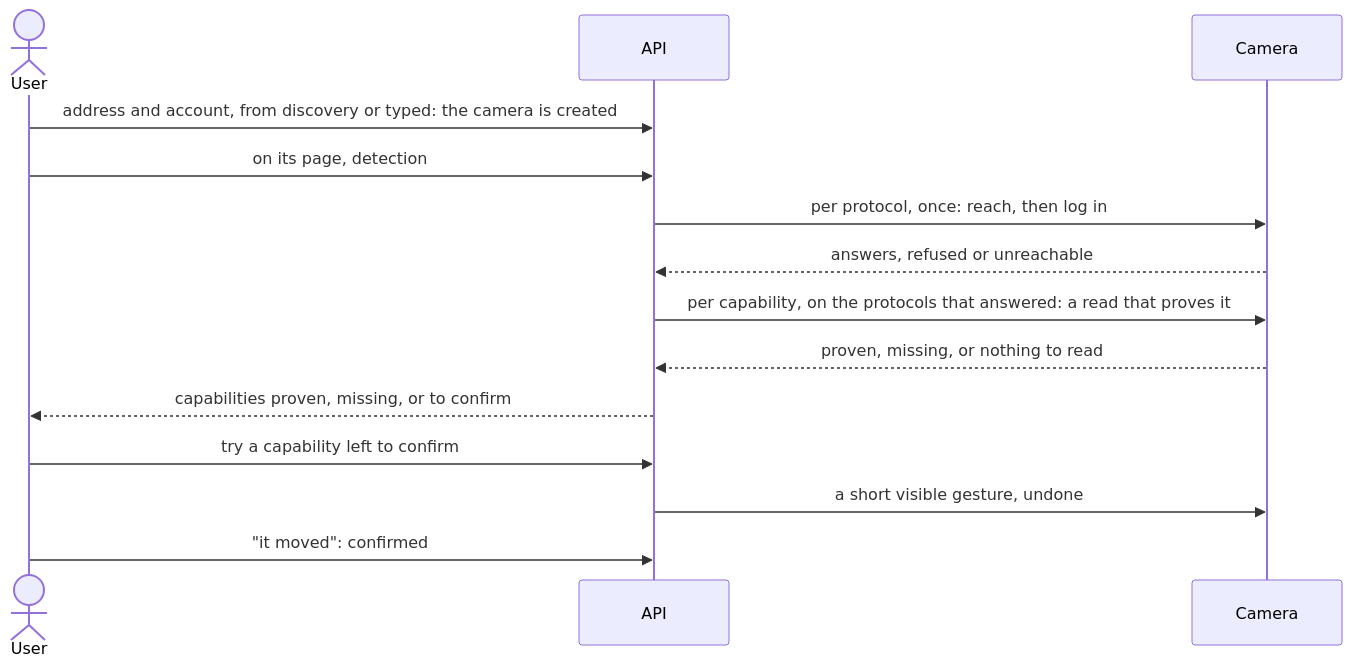
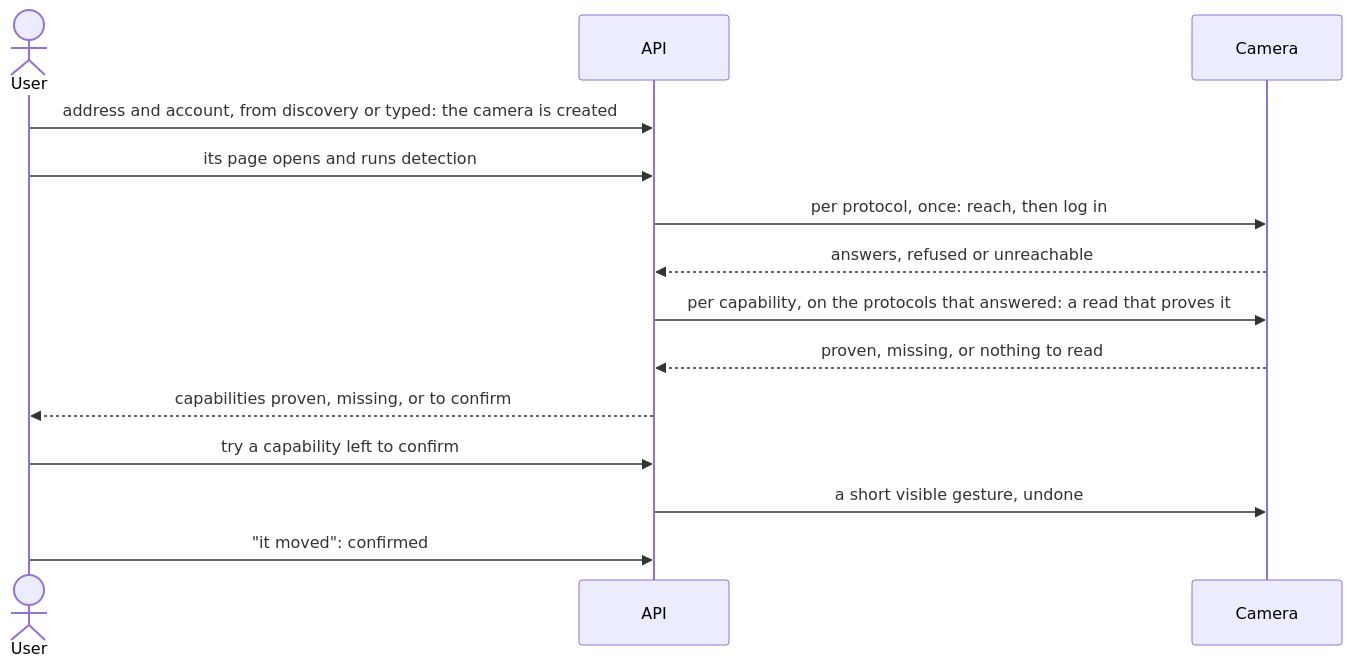
One commit to KelianS/vyzio changed the fourth of 6 diagrams in docs/SAD.md. Above: the diagram before and after it, drawn with Mermaid. The commit also changed 2 other files, not shown here.

Commit message:
docs(cameras): say a set-up camera enters surveillance by the restart
Refs #253

````diff
--- a/docs/SAD.md
+++ b/docs/SAD.md
@@ -165,16 +165,16 @@
 ```mermaid
 sequenceDiagram
     actor U as User
     participant A as API
     participant C as Camera
     U->>A: address and account, from discovery or typed: the camera is created
-    U->>A: on its page, detection
+    U->>A: its page opens and runs detection
     A->>C: per protocol, once: reach, then log in
     C-->>A: answers, refused or unreachable
     A->>C: per capability, on the protocols that answered: a read that proves it
     C-->>A: proven, missing, or nothing to read
     A-->>U: capabilities proven, missing, or to confirm
     U->>A: try a capability left to confirm
     A->>C: a short visible gesture, undone
     U->>A: "it moved": confirmed
 ```
````
